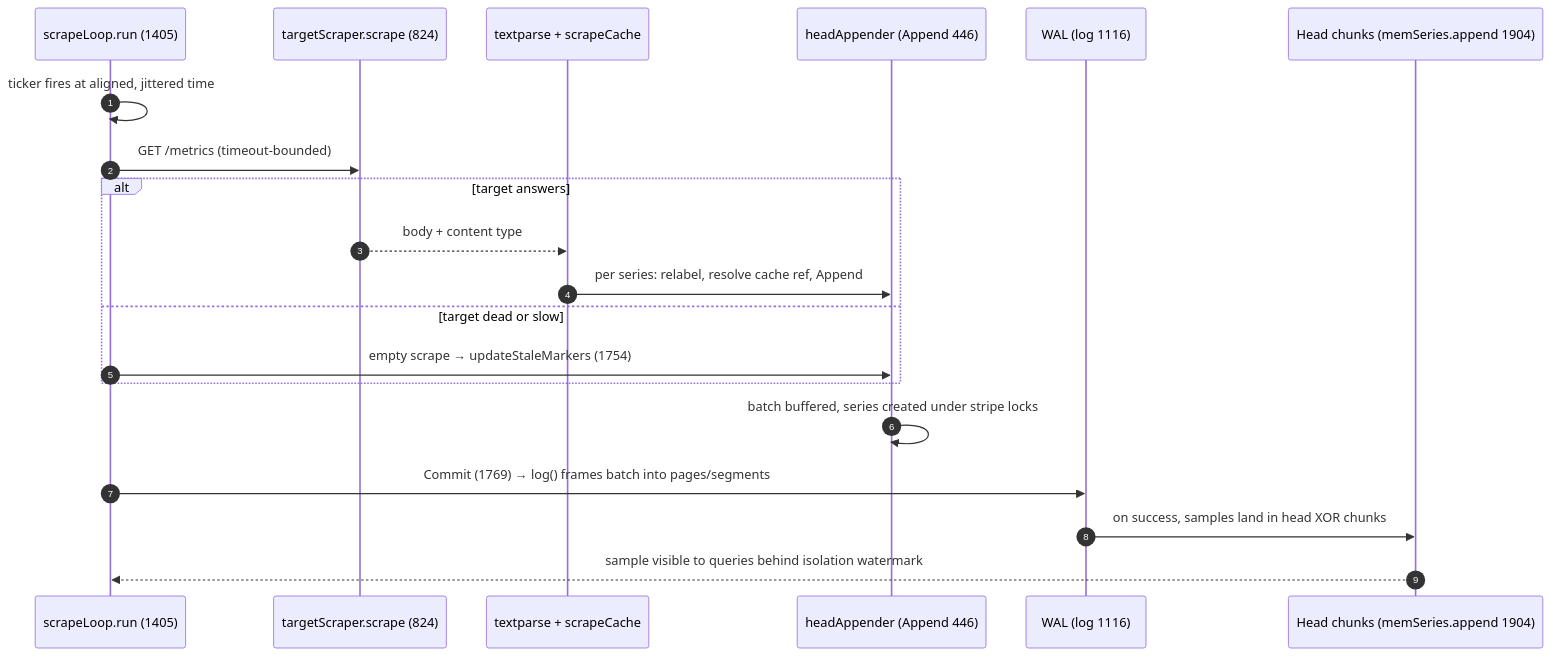
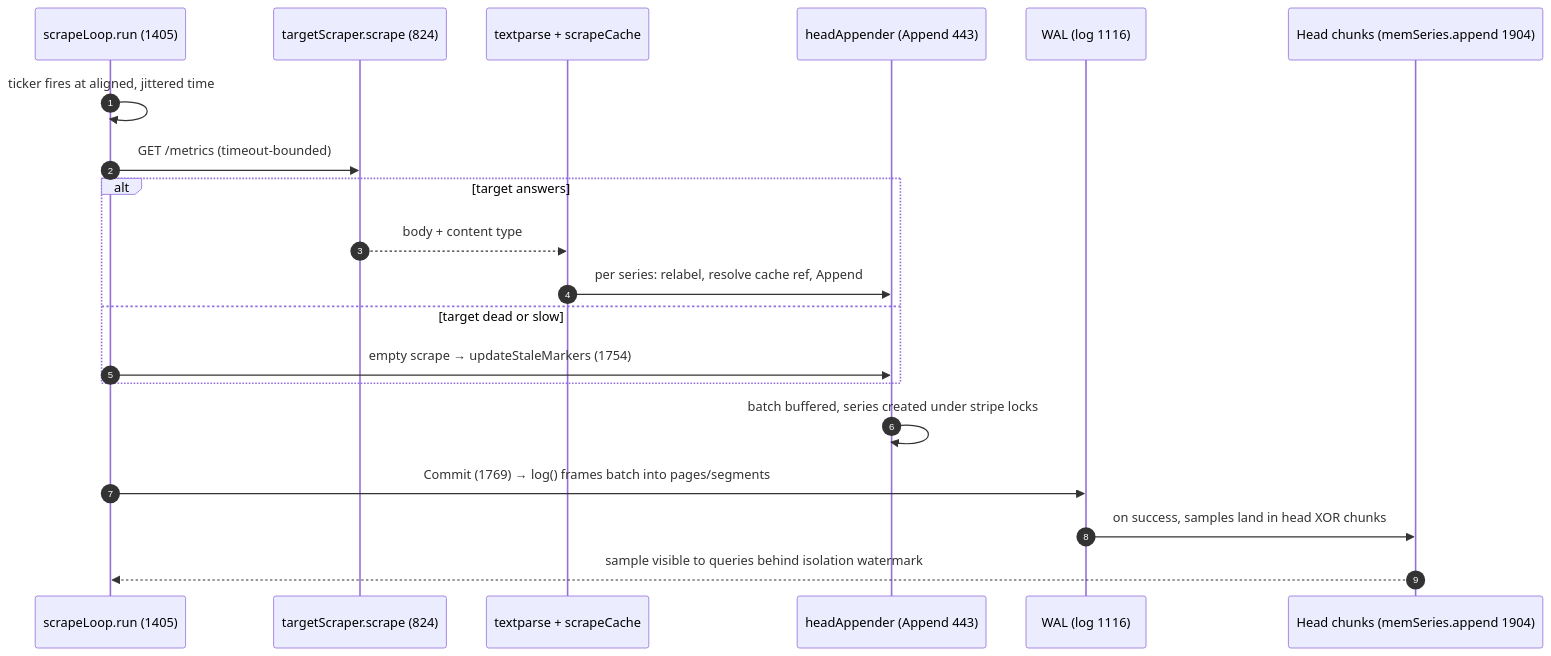
One commit to acailic/system-design-atlas changed the second of 3 diagrams in deep-dives/prometheus.md. Above: the diagram before and after it, drawn with Mermaid. The commit also changed other lines of this file and 1 other file, not shown here.

````diff
--- a/deep-dives/prometheus.md
+++ b/deep-dives/prometheus.md
@@ -120,22 +120,22 @@
 ```mermaid
 sequenceDiagram
     autonumber
     participant L as scrapeLoop.run (1405)
     participant TS as targetScraper.scrape (824)
     participant P as textparse + scrapeCache
-    participant A as headAppender (Append 446)
+    participant A as headAppender (Append 443)
     participant W as WAL (log 1116)
     participant H as Head chunks (memSeries.append 1904)
     L->>L: ticker fires at aligned, jittered time
     L->>TS: GET /metrics (timeout-bounded)
     alt target answers
         TS-->>P: body + content type
         P->>A: per series: relabel, resolve cache ref, Append
     else target dead or slow
         L->>A: empty scrape → updateStaleMarkers (1754)
     end
     A->>A: batch buffered, series created under stripe locks
     L->>W: Commit (1769) → log() frames batch into pages/segments
     W->>H: on success, samples land in head XOR chunks
     H-->>L: sample visible to queries behind isolation watermark
 ```
````
